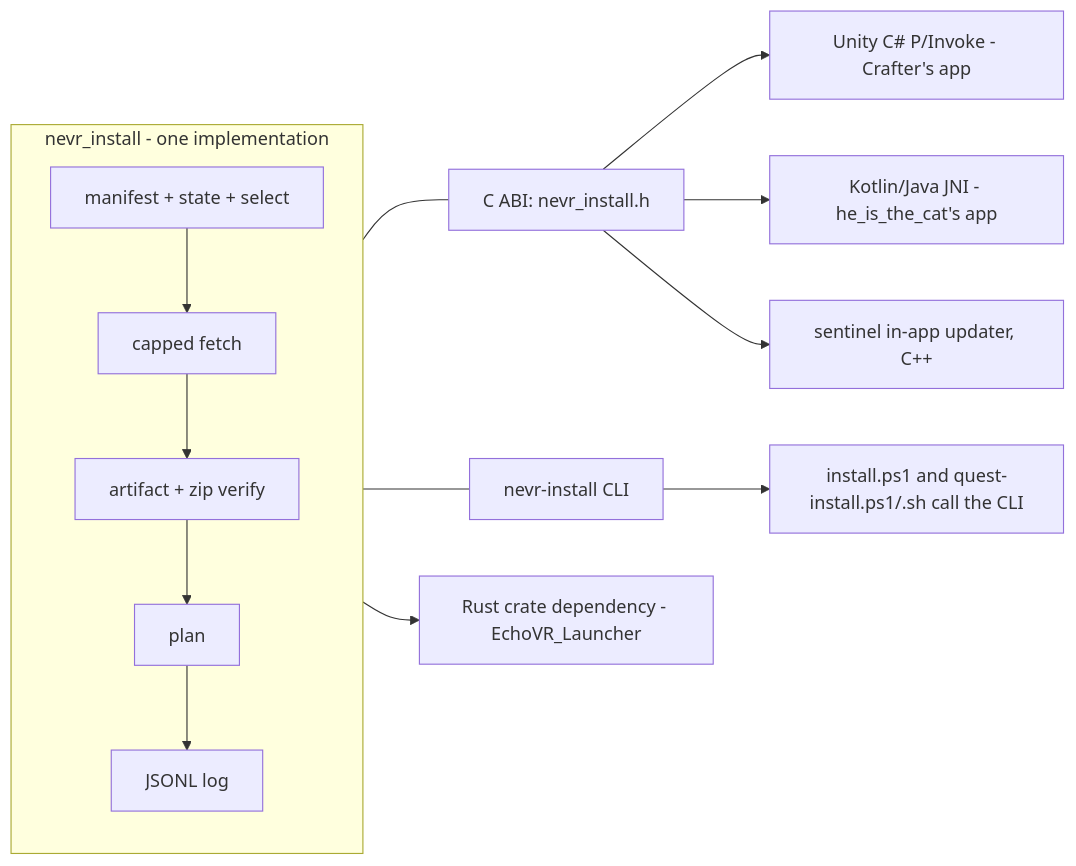
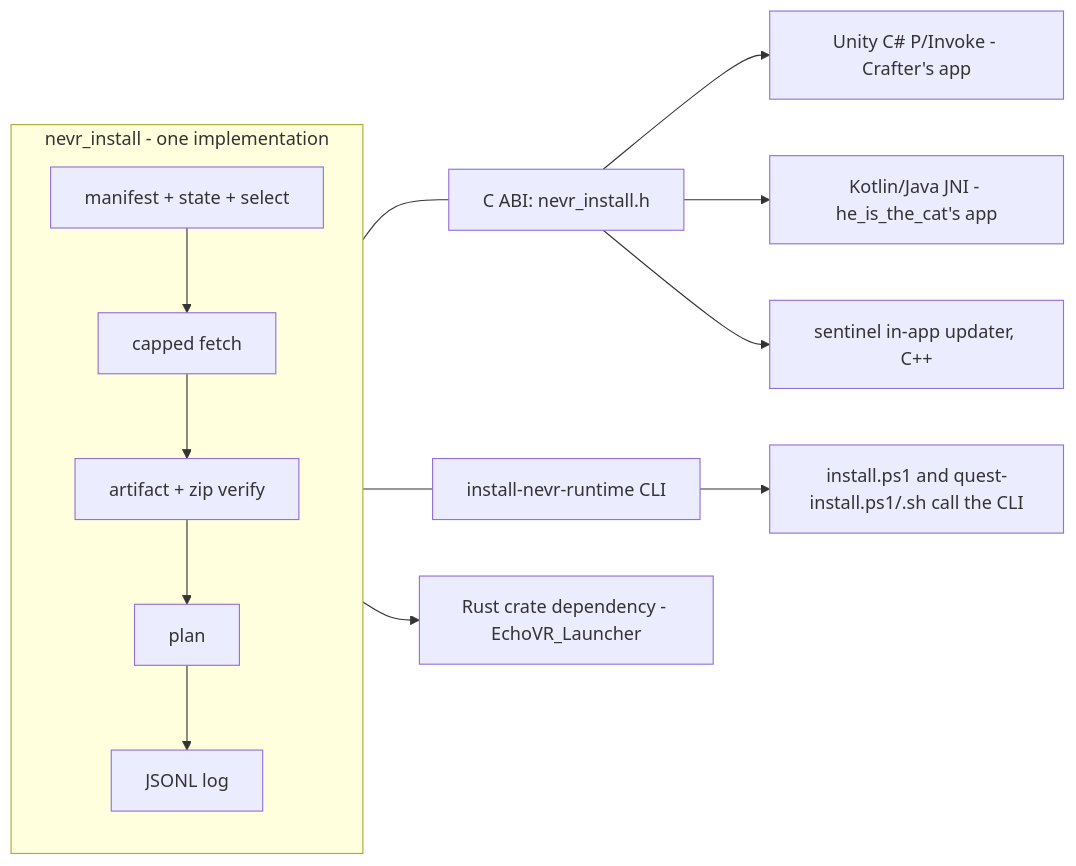
One commit to EchoTools/nevr-runtime changed the fourth of 4 diagrams in docs/adr/0023-core-install-method.md. Above: the diagram before and after it, drawn with Mermaid. The commit also changed other lines of this file and 28 other files, not shown here.

Commit message:
feat(installer): the core installer is install-nevr-runtime.exe; the zip keeps nevr-install.exe as a copy (closes #1492) (#1505)

````diff
--- a/docs/adr/0023-core-install-method.md
+++ b/docs/adr/0023-core-install-method.md
@@ -279,13 +279,13 @@
 ```mermaid
 flowchart LR
     subgraph core[nevr_install - one implementation]
       M[manifest + state + select] --> F[capped fetch] --> V[artifact + zip verify] --> PL[plan] --> LG[JSONL log]
     end
     core --- ABI[C ABI: nevr_install.h]
-    core --- CLI[nevr-install CLI]
+    core --- CLI[install-nevr-runtime CLI]
     CLI --> PS1[install.ps1 and quest-install.ps1/.sh call the CLI]
     ABI --> UN[Unity C# P/Invoke - Crafter's app]
     ABI --> JN[Kotlin/Java JNI - he_is_the_cat's app]
     core --> RS[Rust crate dependency - EchoVR_Launcher]
     ABI --> SE[sentinel in-app updater, C++]
 ```
````
